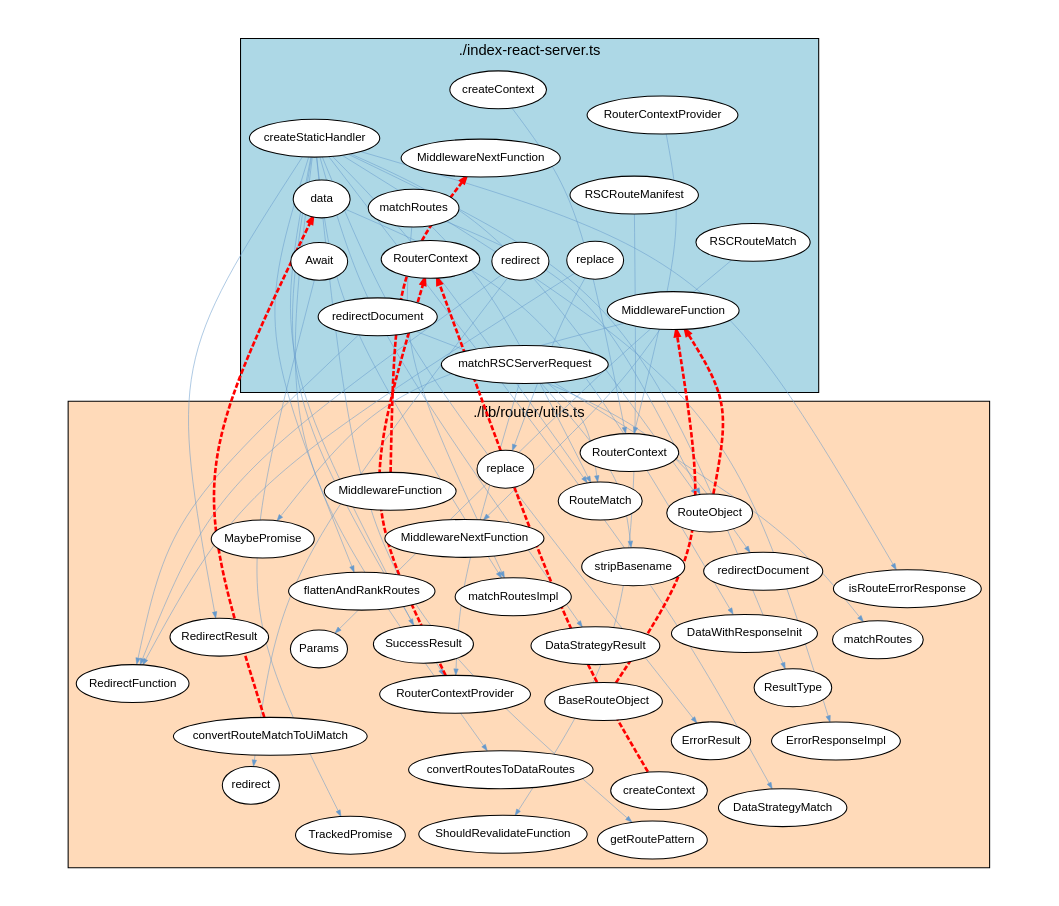
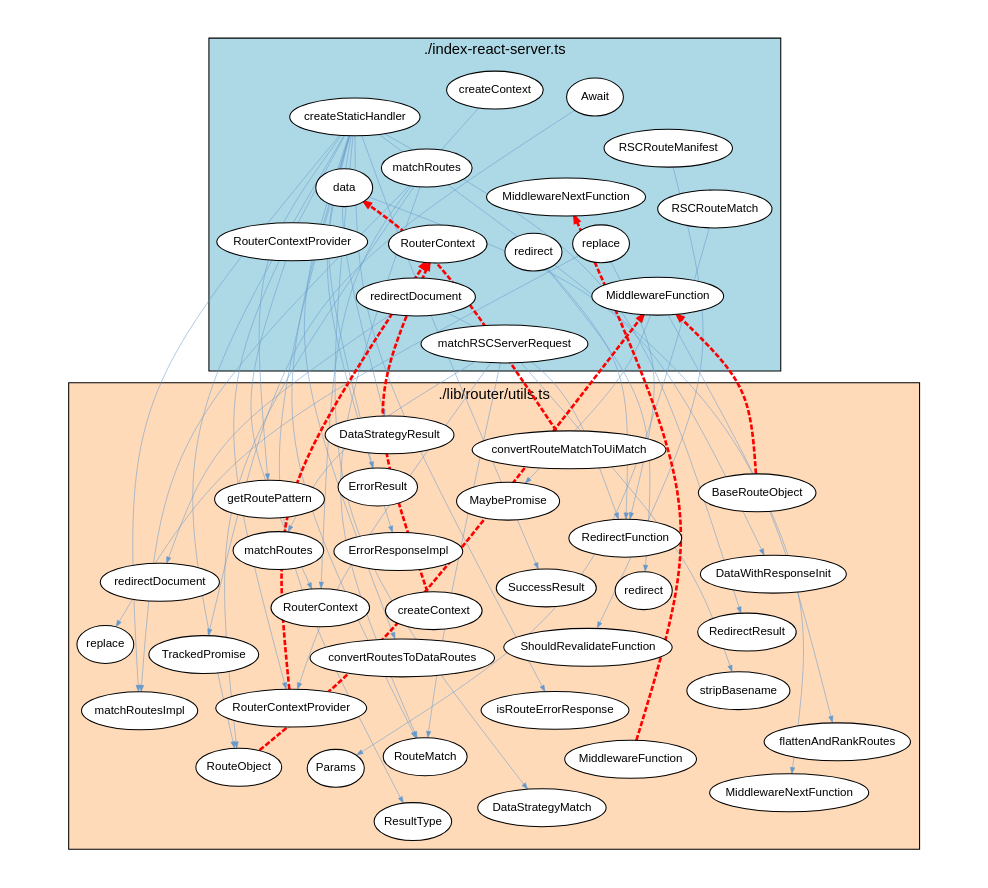
One commit to JohT/code-graph-analysis-examples changed the diagram in analysis-results/react-router/latest/cyclic-dependencies/Typescript_Module/Graph_Visualizations/graphviz/TypescriptModuleCyclicDependencies3.gv. Above: the diagram before and after it, drawn with Graphviz. The commit also changed other lines of this file and 331 other files, not shown here.

```diff
--- a/analysis-results/react-router/latest/cyclic-dependencies/Typescript_Module/Graph_Visualizations/graphviz/TypescriptModuleCyclicDependencies3.gv
+++ b/analysis-results/react-router/latest/cyclic-dependencies/Typescript_Module/Graph_Visualizations/graphviz/TypescriptModuleCyclicDependencies3.gv
@@ -1,109 +1,109 @@
 strict digraph cycle {
     graph [layout = "fdp"; start = "7"; splines = "curved"; pad = "0.8,0.4"; outputorder = "edgesfirst";];
     graph [fontname = "Helvetica,Arial,sans-serif"; labelloc = "t";];
     node [fontname = "Helvetica,Arial,sans-serif"; style = "filled"; fillcolor = "white";];
     node [fontsize = 11; margin = "0.05,0.05";];
     edge [fontsize = 9; arrowsize = "0.6";];
 
     subgraph cluster_package {
         label="./index-react-server.ts";
         style="filled";
         fillcolor="lightblue";
         "replace_pkg" [label="replace"];
         "RSCRouteMatch";
         "MiddlewareFunction_pkg" [label="MiddlewareFunction"];
         "redirect_pkg" [label="redirect"];
         "RouterContext_pkg" [label="RouterContext"];
         "createStaticHandler";
         "MiddlewareNextFunction_pkg" [label="MiddlewareNextFunction"];
         "matchRSCServerRequest";
+        "Await";
         "RouterContextProvider_pkg" [label="RouterContextProvider"];
-        "Await";
         "data";
         "matchRoutes_pkg" [label="matchRoutes"];
         "redirectDocument_pkg" [label="redirectDocument"];
         "createContext_pkg" [label="createContext"];
         "RSCRouteManifest";
     }
 
     subgraph cluster_dependent {
         label="./lib/router/utils.ts";
         style="filled";
         fillcolor="peachpuff";
         "replace_dep" [label="replace"];
         "RedirectResult";
         "stripBasename";
         "flattenAndRankRoutes";
         "MiddlewareFunction_dep" [label="MiddlewareFunction"];
+        "getRoutePattern";
         "convertRoutesToDataRoutes";
-        "getRoutePattern";
+        "ErrorResult";
         "RedirectFunction";
-        "ErrorResult";
         "ErrorResponseImpl";
         "TrackedPromise";
+        "DataWithResponseInit";
+        "redirect_dep" [label="redirect"];
         "matchRoutesImpl";
-        "DataWithResponseInit";
+        "RouterContext_dep" [label="RouterContext"];
         "isRouteErrorResponse";
-        "redirect_dep" [label="redirect"];
-        "RouterContext_dep" [label="RouterContext"];
         "convertRouteMatchToUiMatch";
         "MiddlewareNextFunction_dep" [label="MiddlewareNextFunction"];
         "SuccessResult";
+        "DataStrategyMatch";
         "ShouldRevalidateFunction";
-        "DataStrategyMatch";
         "ResultType";
         "RouterContextProvider_dep" [label="RouterContextProvider"];
         "RouteMatch";
         "matchRoutes_dep" [label="matchRoutes"];
         "BaseRouteObject";
         "redirectDocument_dep" [label="redirectDocument"];
         "createContext_dep" [label="createContext"];
         "DataStrategyResult";
         "Params";
         "MaybePromise";
         "RouteObject";
     }
 
-    "createStaticHandler" -> "RouterContextProvider_dep" [color="#6699CC"; penwidth="0.5"];
-    "matchRSCServerRequest" -> "RouterContextProvider_dep" [color="#6699CC"; penwidth="0.5"];
     "replace_pkg" -> "replace_dep" [color="#6699CC"; penwidth="0.5"];
     "createStaticHandler" -> "ErrorResponseImpl" [color="#6699CC"; penwidth="0.5"];
+    "matchRSCServerRequest" -> "RouterContextProvider_dep" [color="#6699CC"; penwidth="0.5"];
+    "createStaticHandler" -> "RouterContextProvider_dep" [color="#6699CC"; penwidth="0.5"];
     "createStaticHandler" -> "flattenAndRankRoutes" [color="#6699CC"; penwidth="0.5"];
+    "matchRoutes_pkg" -> "RouteObject" [color="#6699CC"; penwidth="0.5"];
     "redirect_pkg" -> "redirect_dep" [color="#6699CC"; penwidth="0.5"];
-    "matchRoutes_pkg" -> "RouteObject" [color="#6699CC"; penwidth="0.5"];
+    "createStaticHandler" -> "SuccessResult" [color="#6699CC"; penwidth="0.5"];
+    "redirectDocument_pkg" -> "redirectDocument_dep" [color="#6699CC"; penwidth="0.5"];
+    "createStaticHandler" -> "RedirectResult" [color="#6699CC"; penwidth="0.5"];
     "matchRSCServerRequest" -> "RouteMatch" [color="#6699CC"; penwidth="0.5"];
     "matchRSCServerRequest" -> "matchRoutes_dep" [color="#6699CC"; penwidth="0.5"];
-    "redirectDocument_pkg" -> "redirectDocument_dep" [color="#6699CC"; penwidth="0.5"];
-    "createStaticHandler" -> "RedirectResult" [color="#6699CC"; penwidth="0.5"];
-    "createStaticHandler" -> "SuccessResult" [color="#6699CC"; penwidth="0.5"];
+    "createStaticHandler" -> "DataStrategyMatch" [color="#6699CC"; penwidth="0.5"];
+    "RouterContextProvider_pkg" -> "RouterContext_dep" [color="#6699CC"; penwidth="0.5"];
+    "createStaticHandler" -> "isRouteErrorResponse" [color="#6699CC"; penwidth="0.5"];
     "RSCRouteManifest" -> "ShouldRevalidateFunction" [color="#6699CC"; penwidth="0.5"];
-    "createStaticHandler" -> "DataStrategyMatch" [color="#6699CC"; penwidth="0.5"];
-    "createStaticHandler" -> "isRouteErrorResponse" [color="#6699CC"; penwidth="0.5"];
-    "RouterContextProvider_pkg" -> "RouterContext_dep" [color="#6699CC"; penwidth="0.5"];
     "matchRoutes_pkg" -> "RouteMatch" [color="#6699CC"; penwidth="0.5"];
+    "createContext_pkg" -> "RouterContext_dep" [color="#6699CC"; penwidth="0.5"];
+    "RSCRouteMatch" -> "Params" [color="#6699CC"; penwidth="0.5"];
     "createStaticHandler" -> "convertRoutesToDataRoutes" [color="#6699CC"; penwidth="0.5"];
-    "RSCRouteMatch" -> "Params" [color="#6699CC"; penwidth="0.5"];
-    "createContext_pkg" -> "RouterContext_dep" [color="#6699CC"; penwidth="0.5"];
+    "Await" -> "TrackedPromise" [color="#6699CC"; penwidth="0.5"];
     "createStaticHandler" -> "ResultType" [color="#6699CC"; penwidth="0.5"];
-    "Await" -> "TrackedPromise" [color="#6699CC"; penwidth="0.5"];
     "replace_pkg" -> "RedirectFunction" [color="#6699CC"; penwidth="0.5"];
     "createStaticHandler" -> "RouteMatch" [color="#6699CC"; penwidth="0.5"];
     "matchRSCServerRequest" -> "stripBasename" [color="#6699CC"; penwidth="0.5"];
     "redirectDocument_pkg" -> "RedirectFunction" [color="#6699CC"; penwidth="0.5"];
     "matchRoutes_pkg" -> "matchRoutesImpl" [color="#6699CC"; penwidth="0.5"];
     "data" -> "DataWithResponseInit" [color="#6699CC"; penwidth="0.5"];
     "createStaticHandler" -> "RouteObject" [color="#6699CC"; penwidth="0.5"];
     "redirect_pkg" -> "RedirectFunction" [color="#6699CC"; penwidth="0.5"];
     "createStaticHandler" -> "getRoutePattern" [color="#6699CC"; penwidth="0.5"];
     "createStaticHandler" -> "DataStrategyResult" [color="#6699CC"; penwidth="0.5"];
+    "MiddlewareFunction_pkg" -> "MaybePromise" [color="#6699CC"; penwidth="0.5"];
     "MiddlewareFunction_pkg" -> "MiddlewareNextFunction_dep" [color="#6699CC"; penwidth="0.5"];
-    "MiddlewareFunction_pkg" -> "MaybePromise" [color="#6699CC"; penwidth="0.5"];
+    "createStaticHandler" -> "ErrorResult" [color="#6699CC"; penwidth="0.5"];
     "createStaticHandler" -> "matchRoutesImpl" [color="#6699CC"; penwidth="0.5"];
-    "createStaticHandler" -> "ErrorResult" [color="#6699CC"; penwidth="0.5"];
     "RouteObject" -> "MiddlewareFunction_pkg" [color="red"; penwidth="2.5"; style="dashed";];
     "RouterContextProvider_dep" -> "RouterContext_pkg" [color="red"; penwidth="2.5"; style="dashed";];
     "createContext_dep" -> "RouterContext_pkg" [color="red"; penwidth="2.5"; style="dashed";];
     "BaseRouteObject" -> "MiddlewareFunction_pkg" [color="red"; penwidth="2.5"; style="dashed";];
     "convertRouteMatchToUiMatch" -> "data" [color="red"; penwidth="2.5"; style="dashed";];
     "MiddlewareFunction_dep" -> "MiddlewareNextFunction_pkg" [color="red"; penwidth="2.5"; style="dashed";];
 }
```
